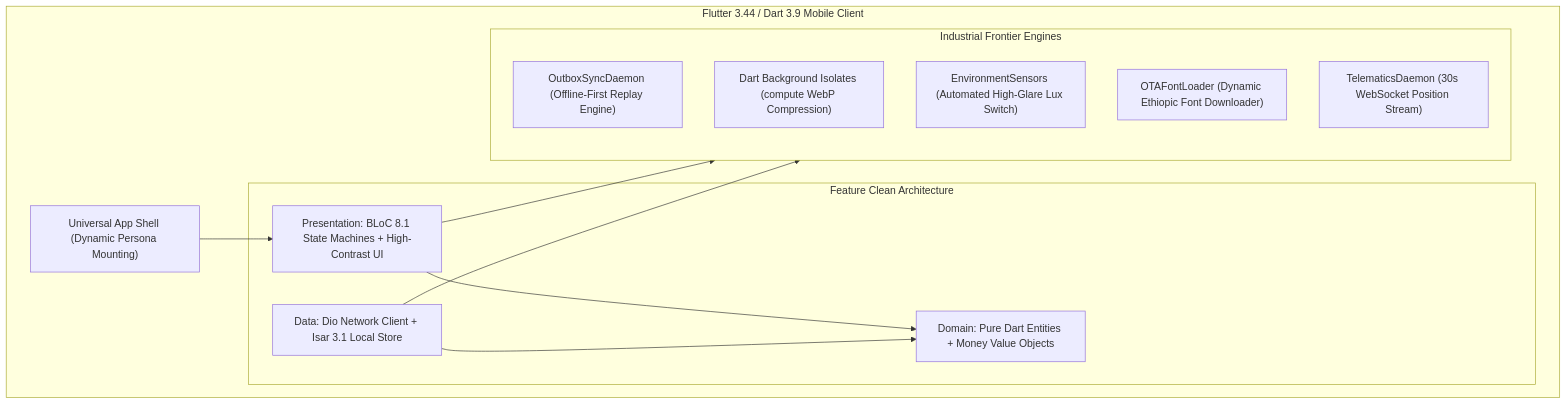
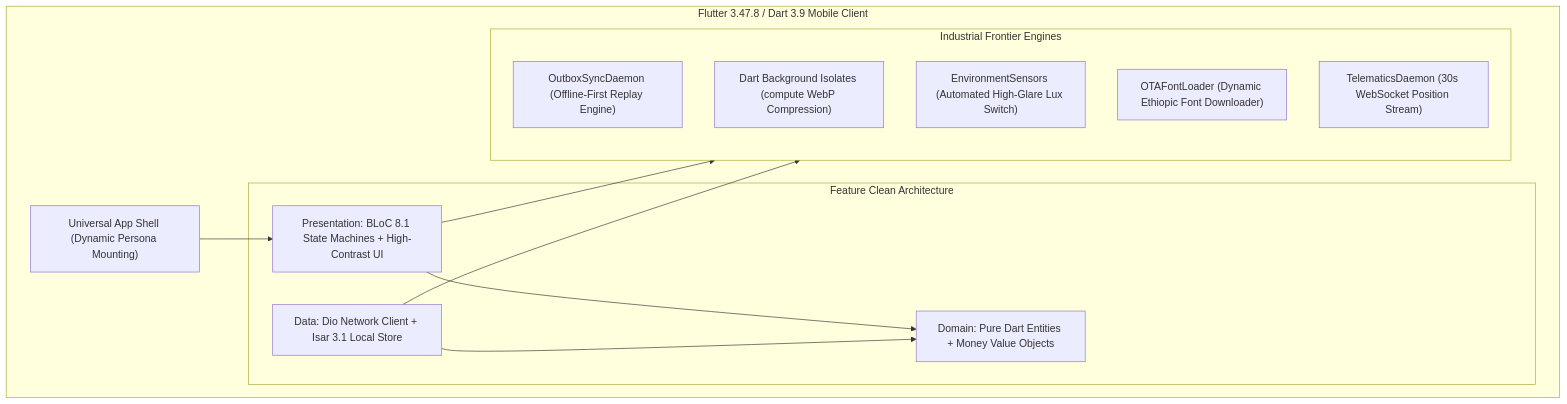
The fifth of 9 diagrams in docs/shared/architecture/14-appendix-full-technology-stack.md (YDink/Heavy-Machinery-Logistics-Rental), drawn with Mermaid before and after one commit. The commit also changed other lines of this file and 212 other files, not shown here.

````diff
--- a/docs/shared/architecture/14-appendix-full-technology-stack.md
+++ b/docs/shared/architecture/14-appendix-full-technology-stack.md
@@ -209,26 +209,26 @@
 ```mermaid
 flowchart TD
-    subgraph FlutterCore [Flutter 3.44 / Dart 3.9 Mobile Client]
+    subgraph FlutterCore [Flutter 3.47.8 / Dart 3.9 Mobile Client]
         AppShell["Universal App Shell (Dynamic Persona Mounting)"]
         
         subgraph FeatureLayers [Feature Clean Architecture]
             Presentation["Presentation: BLoC 8.1 State Machines + High-Contrast UI"]
             Domain["Domain: Pure Dart Entities + Money Value Objects"]
             Data["Data: Dio Network Client + Isar 3.1 Local Store"]
         end
 
         subgraph FrontierEngines [Industrial Frontier Engines]
             OutboxDaemon["OutboxSyncDaemon (Offline-First Replay Engine)"]
             ImageIsolates["Dart Background Isolates (compute WebP Compression)"]
             LuxSensor["EnvironmentSensors (Automated High-Glare Lux Switch)"]
             OTAFontLoader["OTAFontLoader (Dynamic Ethiopic Font Downloader)"]
             TelematicsDaemon["TelematicsDaemon (30s WebSocket Position Stream)"]
         end
 
         AppShell --> Presentation
         Presentation --> Domain
         Data --> Domain
         Presentation --> FrontierEngines
         Data --> FrontierEngines
     end
 ```
````
